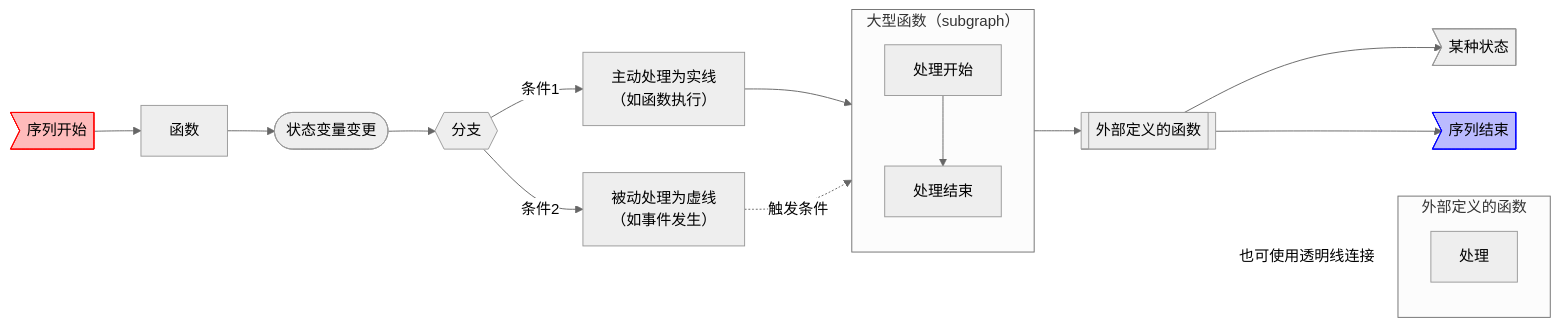
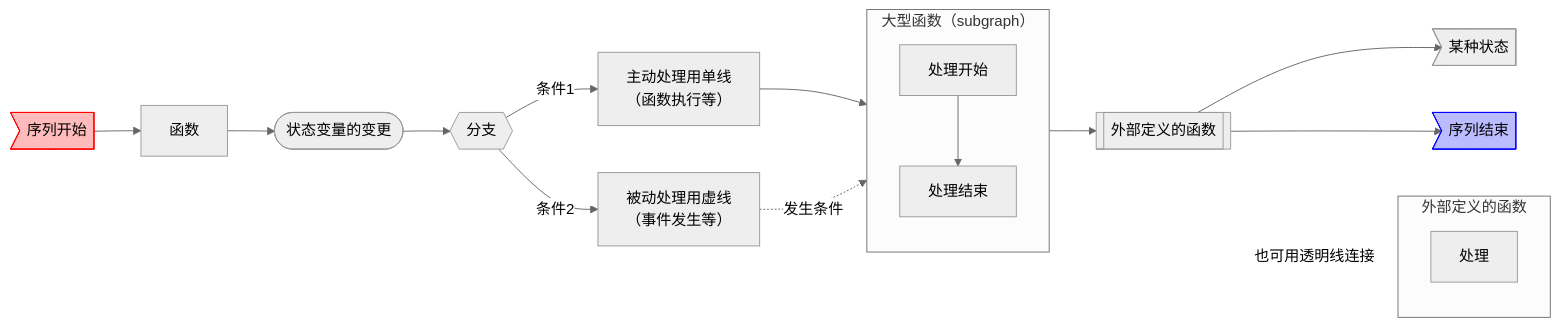
One commit to WERTYUS11/VOICEVOX changed the second of 2 diagrams in docs/コードの歩き方.md. Above: the diagram before and after it, drawn with Mermaid (neutral theme). The commit also changed other lines of this file and 181 other files, not shown here.

````diff
--- a/docs/コードの歩き方.md
+++ b/docs/コードの歩き方.md
@@ -151,22 +151,22 @@
 ```mermaid
 flowchart LR
   817736>"序列开始"] --> 584587["函数"]
   style 817736 fill:#ffbbbb,stroke:#ff0000
-  584587 --> 965553(["状态变量变更"])
+  584587 --> 965553(["状态变量的变更"])
   965553 --> 945949{{"分支"}}
-  945949 -->|"条件1"| 366994["主动处理为实线\n（如函数执行）"]
-  945949 -->|"条件2"| 871294["被动处理为虚线\n（如事件发生）"]
+  945949 -->|"条件1"| 366994["主动处理用单线\n（函数执行等）"]
+  945949 -->|"条件2"| 871294["被动处理用虚线\n（事件发生等）"]
   366994 --> 617606["大型函数（subgraph）"]
-  871294 -.->|"触发条件"| 617606
+  871294 -.->|"发生条件"| 617606
   572391[["外部定义的函数"]] --> 314405>"某种状态"]
   572391 --> 230853>"序列结束"]
   style 230853 fill:#bbbbff,stroke:#0000ff
   617606 --> 572391
-  572391 ~~~|"也可使用透明线连接"| 513532["外部定义的函数"]
+  572391 ~~~|"也可用透明线连接"| 513532["外部定义的函数"]
   subgraph 617606["大型函数（subgraph）"]
     776462["处理开始"] --> 992786["处理结束"]
   end
   subgraph 513532["外部定义的函数"]
     327013["处理"]
   end
 ```
````
